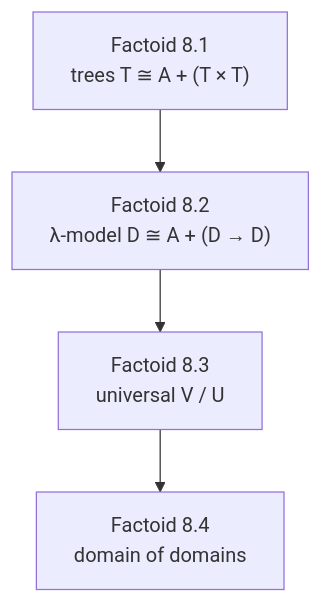
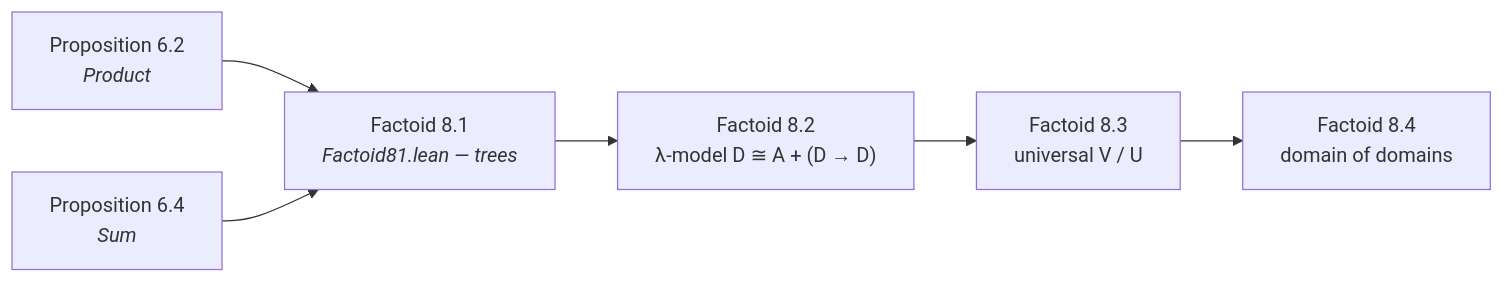
The tenth of 10 diagrams in arxiv.md (catskillsresearch/scott1982), drawn with Mermaid before and after one commit. The commit also changed other lines of this file and 4 other files, not shown here.

````diff
--- a/arxiv.md
+++ b/arxiv.md
@@ -644,8 +644,12 @@
 ```mermaid
-flowchart TD
-  F81["Factoid 8.1<br/>trees T ≅ A + (T × T)"]
+flowchart LR
+  P62["Proposition 6.2<br/><i>Product</i>"]
+  P64["Proposition 6.4<br/><i>Sum</i>"]
+  F81["Factoid 8.1<br/><i>Factoid81.lean — trees</i>"]
   F82["Factoid 8.2<br/>λ-model D ≅ A + (D → D)"]
   F83["Factoid 8.3<br/>universal V / U"]
   F84["Factoid 8.4<br/>domain of domains"]
+  P62 --> F81
+  P64 --> F81
   F81 --> F82 --> F83 --> F84
 ```
````
